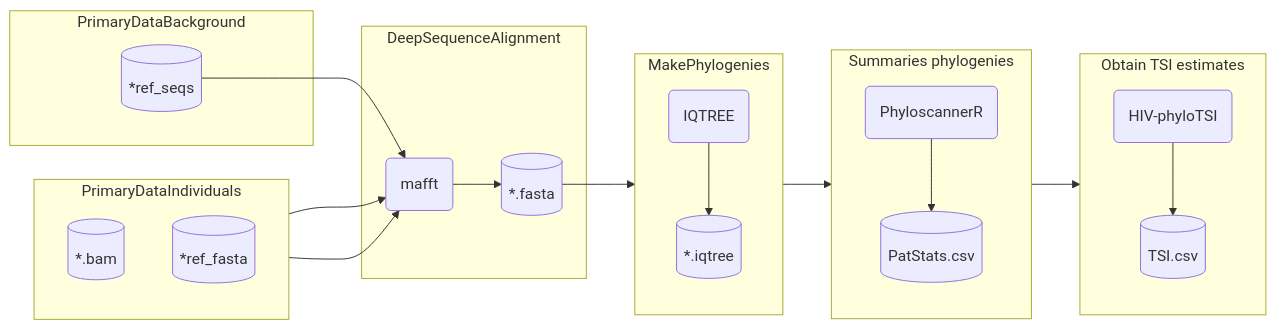
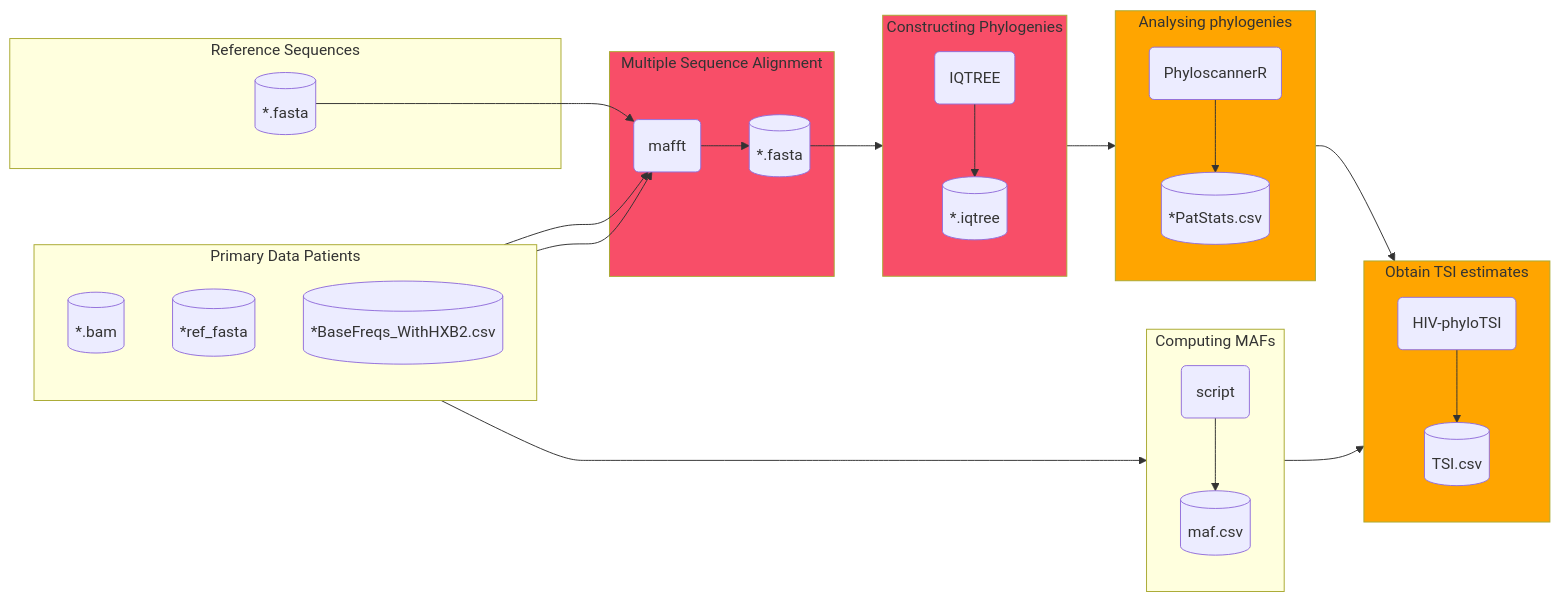
Before and after one commit to abriz97/HIV-phyloTSI-workshops: the second of 2 diagrams in slides/section2-bioinformatics.qmd, drawn with Mermaid. The commit also changed other lines of this file and 5 other files, not shown here.

````diff
--- a/slides/section2-bioinformatics.qmd
+++ b/slides/section2-bioinformatics.qmd
@@ -61,47 +143,60 @@
 ```{mermaid}
-flowchart LR
+graph LR
 
-    subgraph PrimaryDataIndividuals
+    subgraph S1["Primary Data Patients"]
         direction TB
         I01[(*.bam)] 
         I02[(*ref_fasta)] 
+        I02b[(*BaseFreqs_WithHXB2.csv)]
     end
 
-    subgraph PrimaryDataBackground
-        I03[(*ref_seqs)] 
+    subgraph S2["Reference Sequences"]
+        I03[(*.fasta)] 
     end
 
-    subgraph DeepSequenceAlignment
+    subgraph S3["Multiple Sequence Alignment"]
         P1(mafft)
         O1[(*.fasta)]
     end
 
-    subgraph MakePhylogenies
+    subgraph S4["Constructing Phylogenies"]
         direction TB
         P2(IQTREE)
         O2[( *.iqtree )]
     end
+    
+    subgraph S2b["Computing MAFs"]
+      direction TB
+      P2b(script)
+      O2b[(maf.csv)]
+    end
 
-    subgraph "Summaries phylogenies"
+    subgraph S5["Analysing phylogenies"]
         direction TB
         P3( PhyloscannerR ) 
-        O3[(PatStats.csv)]
+        O3[(*PatStats.csv)]
     end
 
-    subgraph "Obtain TSI estimates"
+    subgraph S6["Obtain TSI estimates"]
         direction TB
         P4( HIV-phyloTSI ) 
         O4[(TSI.csv)]
     end
+    
+    classDef Red fill:#F84E68
+    class S3,S4 Red
+    classDef Orange fill:orange
+    class S5,S6 Orange
 
 I02 --> P1
 I01 --> P1 
+I02b --> P2b --> O2b --> P4
 I03 --> P1
     P1 --> O1
 O1 --> P2 
     P2 --> O2
 O2 --> P3 
     P3 --> O3
 O3 --> P4 
     P4 --> O4
 ```
````
